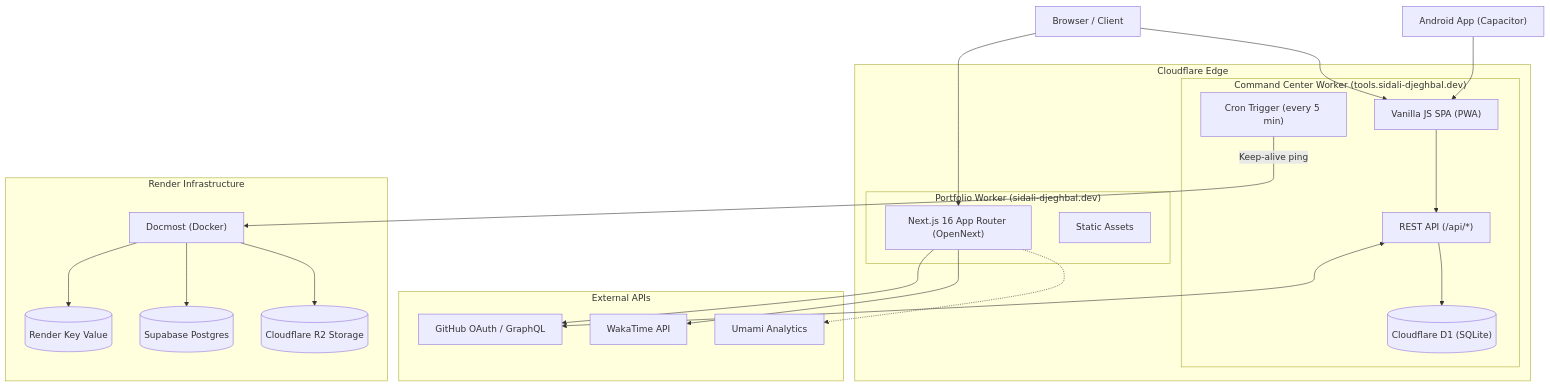
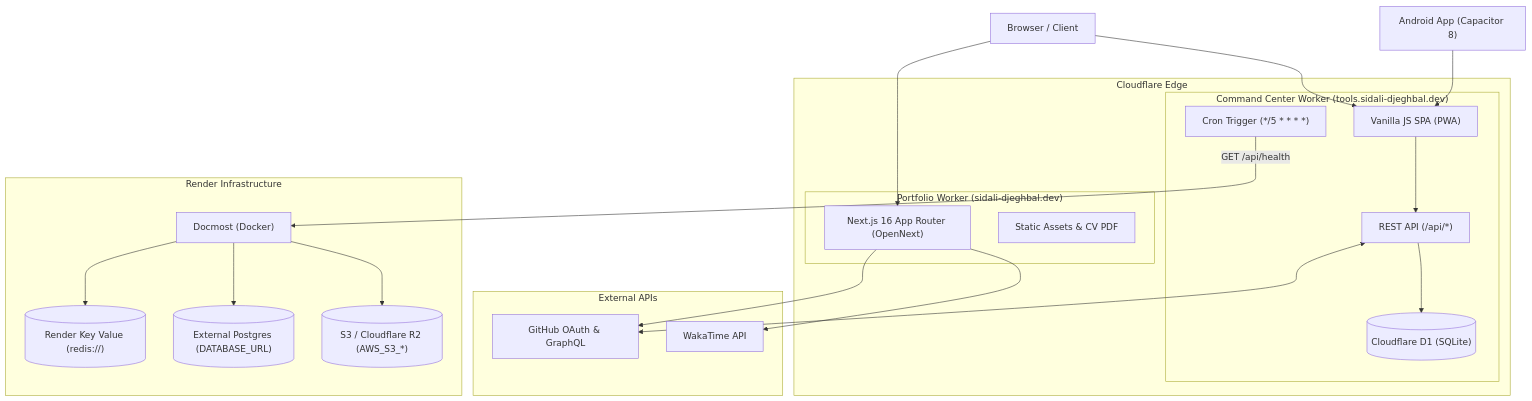
One commit to Sidali-Djeghbal/sidali changed the diagram in README.md. Above: the diagram before and after it, drawn with Mermaid. The commit also changed other lines of this file and 35 other files, not shown here.

````diff
--- a/README.md
+++ b/README.md
@@ -14,49 +25,47 @@
 ```mermaid
 flowchart TD
     Browser["Browser / Client"]
-    Phone["Android App (Capacitor)"]
+    Phone["Android App (Capacitor 8)"]
 
     subgraph Cloudflare["Cloudflare Edge"]
         subgraph Portfolio["Portfolio Worker (sidali-djeghbal.dev)"]
             Next["Next.js 16 App Router (OpenNext)"]
-            Assets1["Static Assets"]
+            Assets1["Static Assets & CV PDF"]
         end
 
         subgraph Tools["Command Center Worker (tools.sidali-djeghbal.dev)"]
             ToolsAPI["REST API (/api/*)"]
             ToolsSPA["Vanilla JS SPA (PWA)"]
             D1[("Cloudflare D1 (SQLite)")]
-            Cron["Cron Trigger (every 5 min)"]
+            Cron["Cron Trigger (*/5 * * * *)"]
         end
     end
 
     subgraph External["External APIs"]
-        GitHub["GitHub OAuth / GraphQL"]
+        GitHub["GitHub OAuth & GraphQL"]
         Waka["WakaTime API"]
-        Umami["Umami Analytics"]
     end
 
     subgraph Render["Render Infrastructure"]
         Docmost["Docmost (Docker)"]
-        Redis[("Render Key Value")]
-        Supabase[("Supabase Postgres")]
-        R2[("Cloudflare R2 Storage")]
+        Redis[("Render Key Value (redis://)")]
+        DB[("External Postgres (DATABASE_URL)")]
+        S3[("S3 / Cloudflare R2 (AWS_S3_*)")]
     end
 
     Browser --> Next
     Browser --> ToolsSPA
     Phone --> ToolsSPA
 
     Next --> Waka
     Next --> GitHub
-    Next -.-> Umami
 
     ToolsSPA --> ToolsAPI
     ToolsAPI --> D1
     ToolsAPI <--> GitHub
 
-    Cron -->|Keep-alive ping| Docmost
+    Cron -->|"GET /api/health"| Docmost
     Docmost --> Redis
-    Docmost --> Supabase
-    Docmost --> R2
+    Docmost --> DB
+    Docmost --> S3
 ```
````
